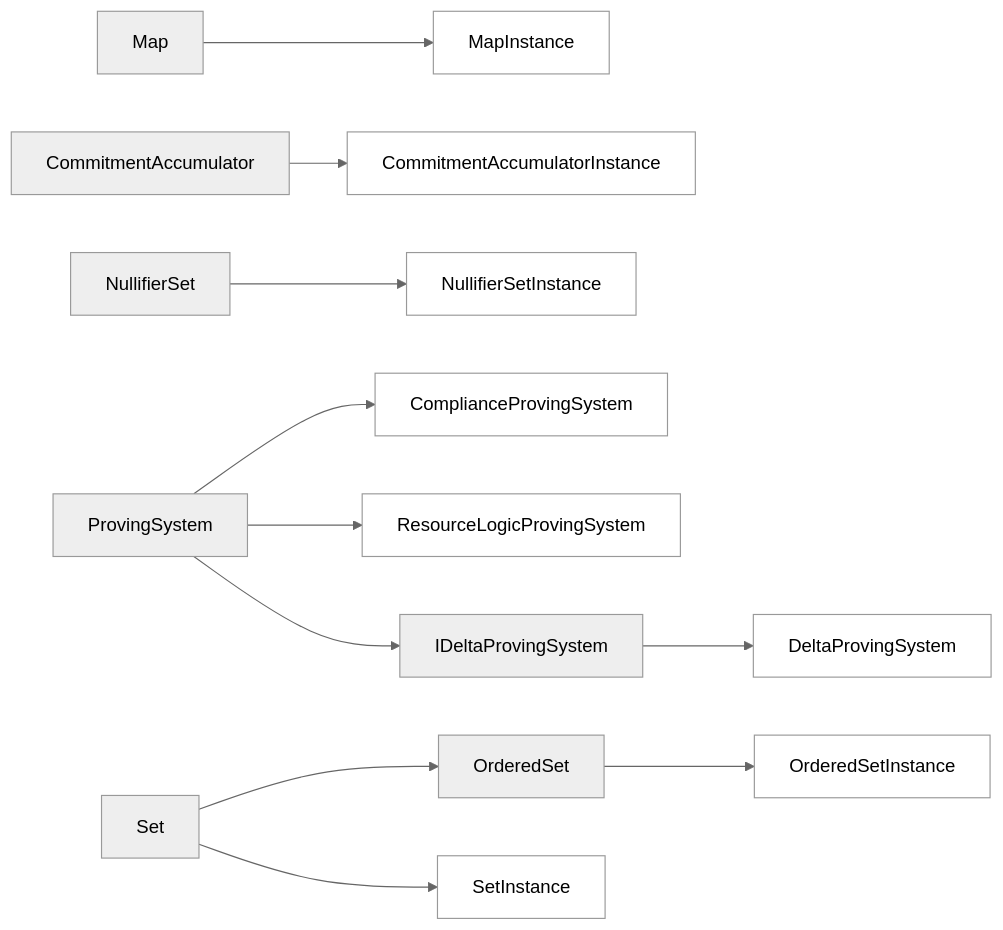
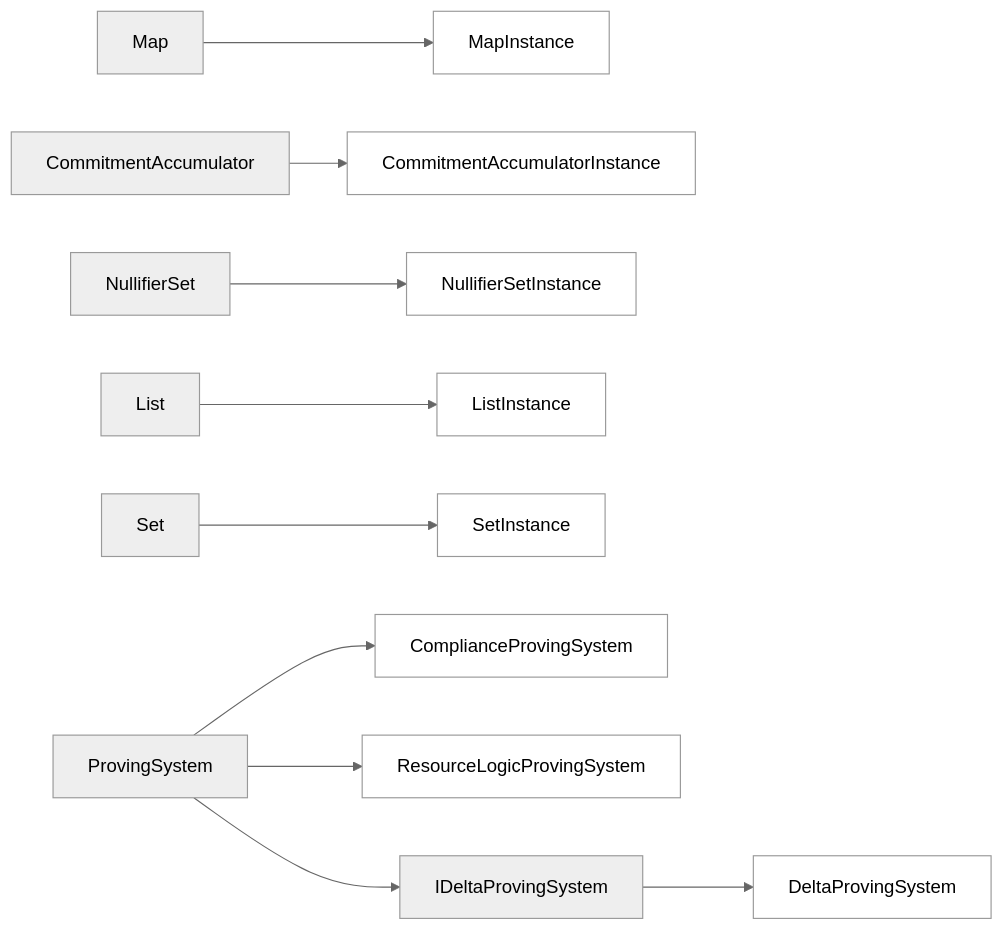
The first of 2 diagrams in docs/arch/system/state/resource_machine/primitive_interfaces/index.juvix.md (anoma/nspec), drawn with Mermaid (neutral theme) before and after one commit. The commit also changed other lines of this file and 14 other files, not shown here.

````diff
--- a/docs/arch/system/state/resource_machine/primitive_interfaces/index.juvix.md
+++ b/docs/arch/system/state/resource_machine/primitive_interfaces/index.juvix.md
@@ -20,26 +20,25 @@
 ```mermaid
 flowchart LR
     ProvingSystem
-    Set --> OrderedSet
     Map --> MapInstance
     CommitmentAccumulator --> CommitmentAccumulatorInstance
     NullifierSet --> NullifierSetInstance
 
-    OrderedSet --> OrderedSetInstance
+    List --> ListInstance
     Set --> SetInstance
 
     style SetInstance fill:transparent
-    style OrderedSetInstance fill:transparent
+    style ListInstance fill:transparent
     style MapInstance fill:transparent
     style CommitmentAccumulatorInstance fill:transparent
     style NullifierSetInstance fill:transparent
 
 
     ProvingSystem --> ComplianceProvingSystem
     ProvingSystem --> ResourceLogicProvingSystem
     ProvingSystem --> IDeltaProvingSystem
     IDeltaProvingSystem --> DeltaProvingSystem
     style ComplianceProvingSystem fill:transparent
     style ResourceLogicProvingSystem fill:transparent
     style DeltaProvingSystem fill:transparent
 ```
````
